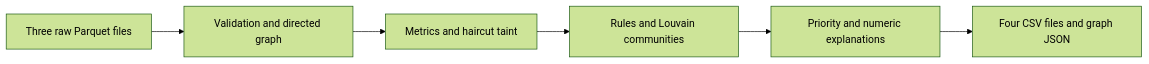
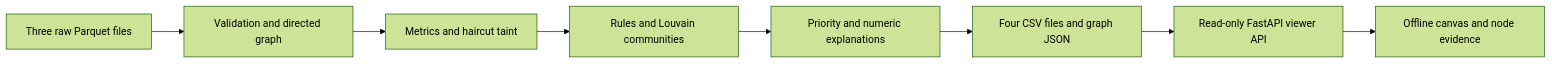
One commit to BAITC-Hacks/hack-b6172601-kairos changed the diagram in README.md. Above: the diagram before and after it, drawn with Mermaid (forest theme). The commit also changed other lines of this file and 12 other files, not shown here.

Commit message:
H3: analyst viewer: network map, ego view, node card, search

````diff
--- a/README.md
+++ b/README.md
@@ -47,8 +51,10 @@
 ```mermaid
 flowchart LR
   A[Three raw Parquet files] --> B[Validation and directed graph]
   B --> C[Metrics and haircut taint]
   C --> D[Rules and Louvain communities]
   D --> E[Priority and numeric explanations]
   E --> F[Four CSV files and graph JSON]
+  F --> G[Read-only FastAPI viewer API]
+  G --> H[Offline canvas and node evidence]
 ```
````
